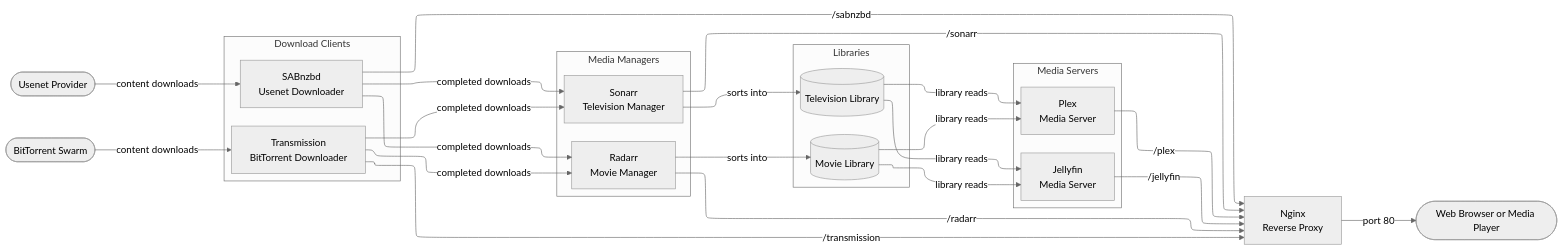
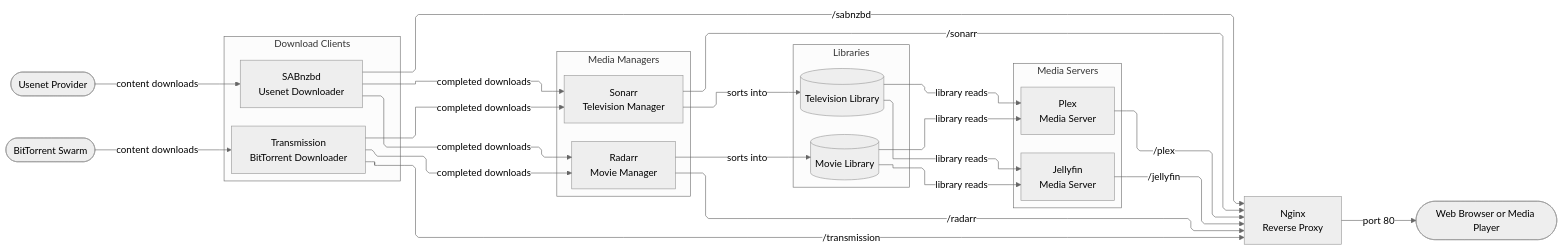
One commit to evinowen/bragi changed the diagram in README.md. Above: the diagram before and after it, drawn with Mermaid (neutral theme).

Commit message:
Set Mermaid edge curve to linear for straight-line diagonal connectors

````diff
--- a/README.md
+++ b/README.md
@@ -20,54 +20,54 @@
 ```mermaid
-%%{init: {'flowchart': {'defaultRenderer': 'elk'}}}%%
+%%{init: {'flowchart': {'defaultRenderer': 'elk', 'curve': 'linear'}}}%%
 flowchart LR
     UP([Usenet Provider])
     BT_SRC([BitTorrent Swarm])
 
     subgraph downloaders[Download Clients]
         direction TB
         SAB["SABnzbd<br>Usenet Downloader"]
         TRN["Transmission<br>BitTorrent Downloader"]
     end
 
     subgraph managers[Media Managers]
         direction TB
         SON["Sonarr<br>Television Manager"]
         RAD["Radarr<br>Movie Manager"]
     end
 
     subgraph libraries[Libraries]
         direction TB
         TL[(Television Library)]
         ML[(Movie Library)]
     end
 
     subgraph servers[Media Servers]
         direction TB
         JF["Jellyfin<br>Media Server"]
         PL["Plex<br>Media Server"]
     end
 
     NGX["Nginx<br>Reverse Proxy"]
     CLIENT([Web Browser or Media Player])
 
     UP -->|content downloads| SAB
     BT_SRC -->|content downloads| TRN
     SAB -->|completed downloads| SON
     SAB -->|completed downloads| RAD
     TRN -->|completed downloads| SON
     TRN -->|completed downloads| RAD
     SON -->|sorts into| TL
     RAD -->|sorts into| ML
     TL -->|library reads| JF
     ML -->|library reads| JF
     TL -->|library reads| PL
     ML -->|library reads| PL
 
     SAB -->|/sabnzbd| NGX
     TRN -->|/transmission| NGX
     SON -->|/sonarr| NGX
     RAD -->|/radarr| NGX
     JF -->|/jellyfin| NGX
     PL -->|/plex| NGX
     NGX -->|port 80| CLIENT
 ```
````
